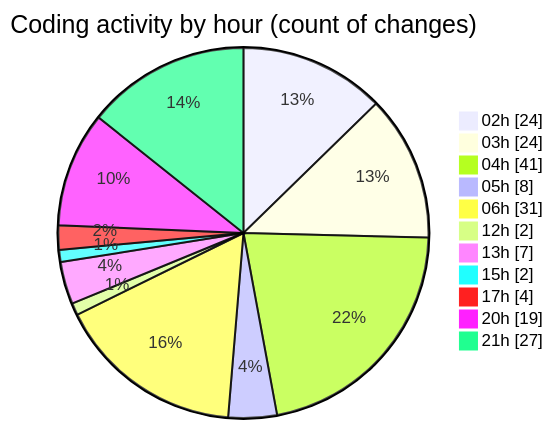
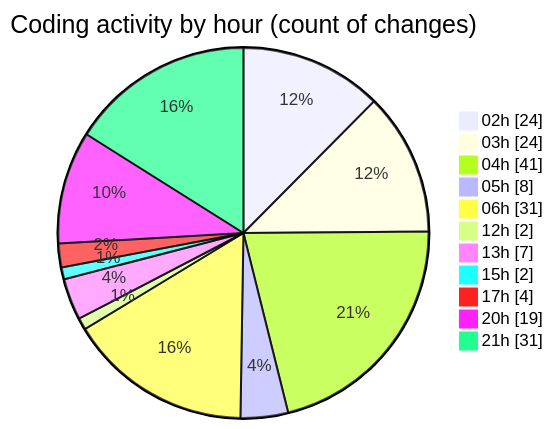
Before and after one commit to lephambinh05/code-tracking: the second of 2 diagrams in 2025-07-23/quanlyrapchieuphim/README.md, drawn with Mermaid. The commit also changed other lines of this file and 1 other file, not shown here.

````diff
--- a/2025-07-23/quanlyrapchieuphim/README.md
+++ b/2025-07-23/quanlyrapchieuphim/README.md
@@ -44,15 +44,15 @@
 ```mermaid
 pie showData
 title Coding activity by hour (count of changes)
 "02h" : 24
 "03h" : 24
 "04h" : 41
 "05h" : 8
 "06h" : 31
 "12h" : 2
 "13h" : 7
 "15h" : 2
 "17h" : 4
 "20h" : 19
-"21h" : 27
+"21h" : 31
 ```
````
